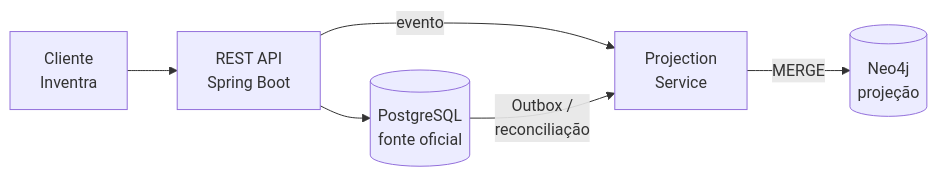
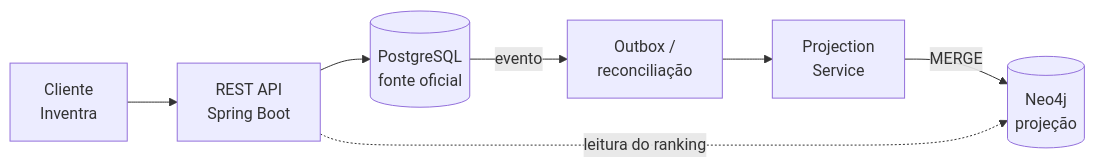
One commit to InventraTech/inventra-database-2 changed the second of 2 diagrams in neo4j/docs/COBERTURA_FORNECEDORES.md. Above: the diagram before and after it, drawn with Mermaid. The commit also changed other lines of this file and 31 other files, not shown here.

````diff
--- a/neo4j/docs/COBERTURA_FORNECEDORES.md
+++ b/neo4j/docs/COBERTURA_FORNECEDORES.md
@@ -226,8 +218,9 @@
 ```mermaid
 flowchart LR
-    C["Cliente<br/>Inventra"] --> API["REST API<br/>Spring Boot"]
-    API --> PG[("PostgreSQL<br/>fonte oficial")]
-    API -- evento --> PS["Projection<br/>Service"]
-    PG -- "Outbox /<br/>reconciliação" --> PS
-    PS -- MERGE --> N4J[("Neo4j<br/>projeção")]
+  C["Cliente<br/>Inventra"] --> API["REST API<br/>Spring Boot"]
+  API --> PG[("PostgreSQL<br/>fonte oficial")]
+  PG -- evento --> OUT["Outbox /<br/>reconciliação"]
+  OUT --> PS["Projection<br/>Service"]
+  PS -- MERGE --> N[("Neo4j<br/>projeção")]
+  API -. leitura do ranking .-> N
 ```
````
